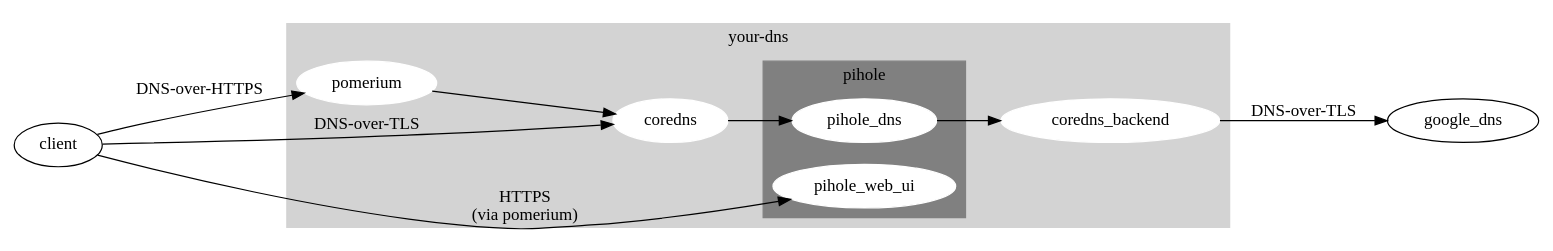
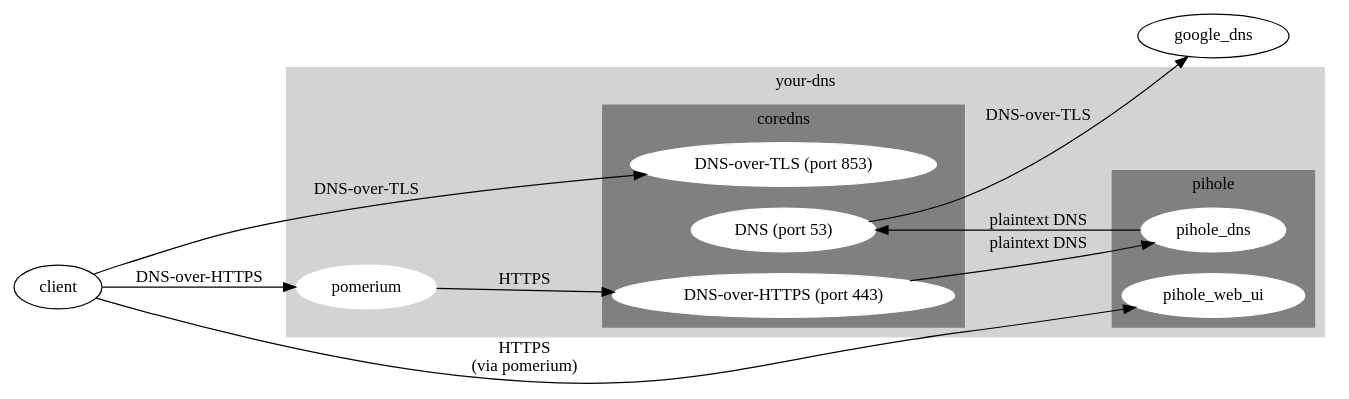
The diagram in graph.dot (yegle/your-dns), drawn with Graphviz before and after one commit.

Commit message:
Update the graph now that we use a single CoreDNS container.

```diff
--- a/graph.dot
+++ b/graph.dot
@@ -1,23 +1,31 @@
 digraph G {
   rankdir=LR;
   subgraph cluster_0 {
     style=filled;
     color=lightgrey;
     node [style=filled,color=white];
-    pomerium -> coredns;
-    coredns -> pihole_dns
-    pihole_dns -> coredns_backend;
+    pomerium -> coredns_DoH [label="HTTPS"];
+    coredns_DoH -> pihole_dns [label="plaintext DNS"];
+    pihole_dns -> coredns_DNS [label="plaintext DNS"];
     label = "your-dns";
     subgraph cluster_1 {
         style=filled;
         color=grey;
         label="pihole"
         pihole_dns;
         pihole_web_ui;
     }
+    subgraph cluster_2 {
+        style=filled;
+        color=grey;
+        label="coredns"
+        coredns_DNS [label="DNS (port 53)"];
+        coredns_DoT [label="DNS-over-TLS (port 853)"];
+        coredns_DoH [label="DNS-over-HTTPS (port 443)"];
+    }
   }
   client -> pomerium [label="DNS-over-HTTPS"];
   client -> pihole_web_ui [label="HTTPS\n(via pomerium)"];
-  client -> coredns [label="DNS-over-TLS"];
-  coredns_backend -> google_dns [label="DNS-over-TLS"];
+  client -> coredns_DoT [label="DNS-over-TLS"];
+  coredns_DNS -> google_dns [label="DNS-over-TLS", ltail=cluster_2];
 }
```
